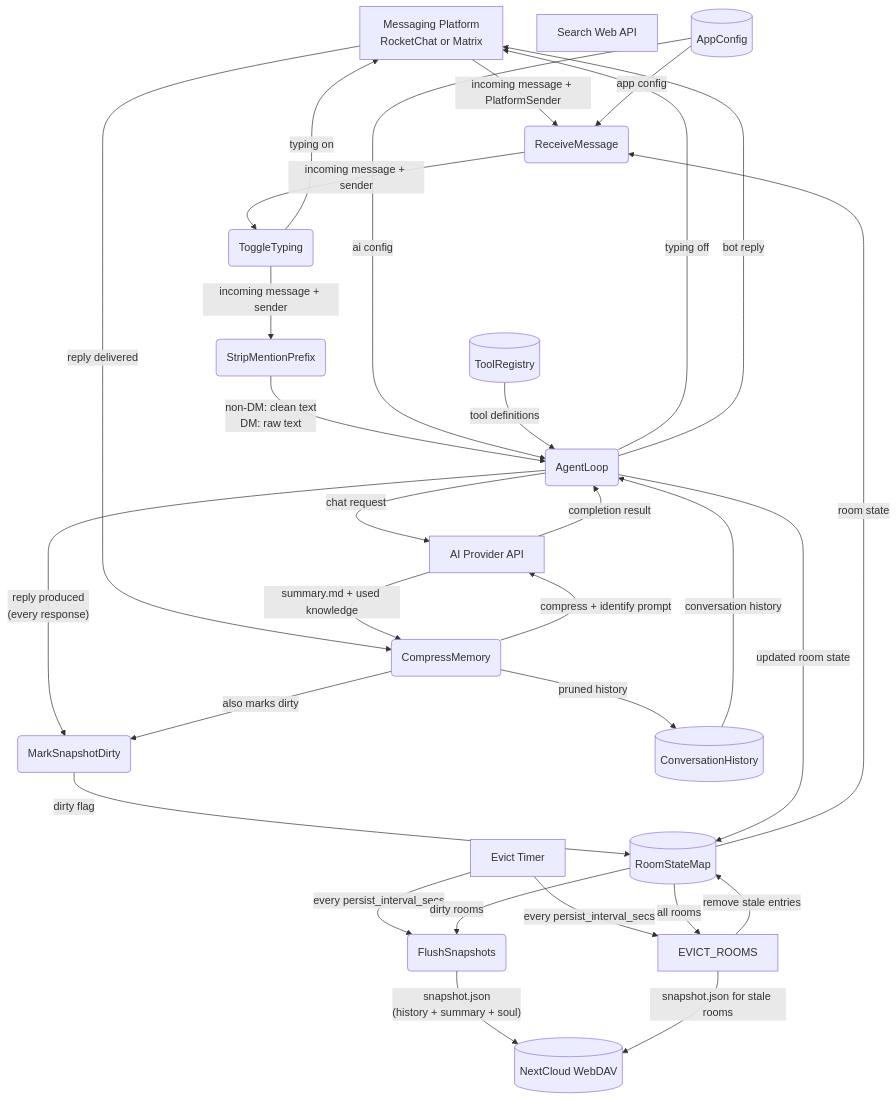
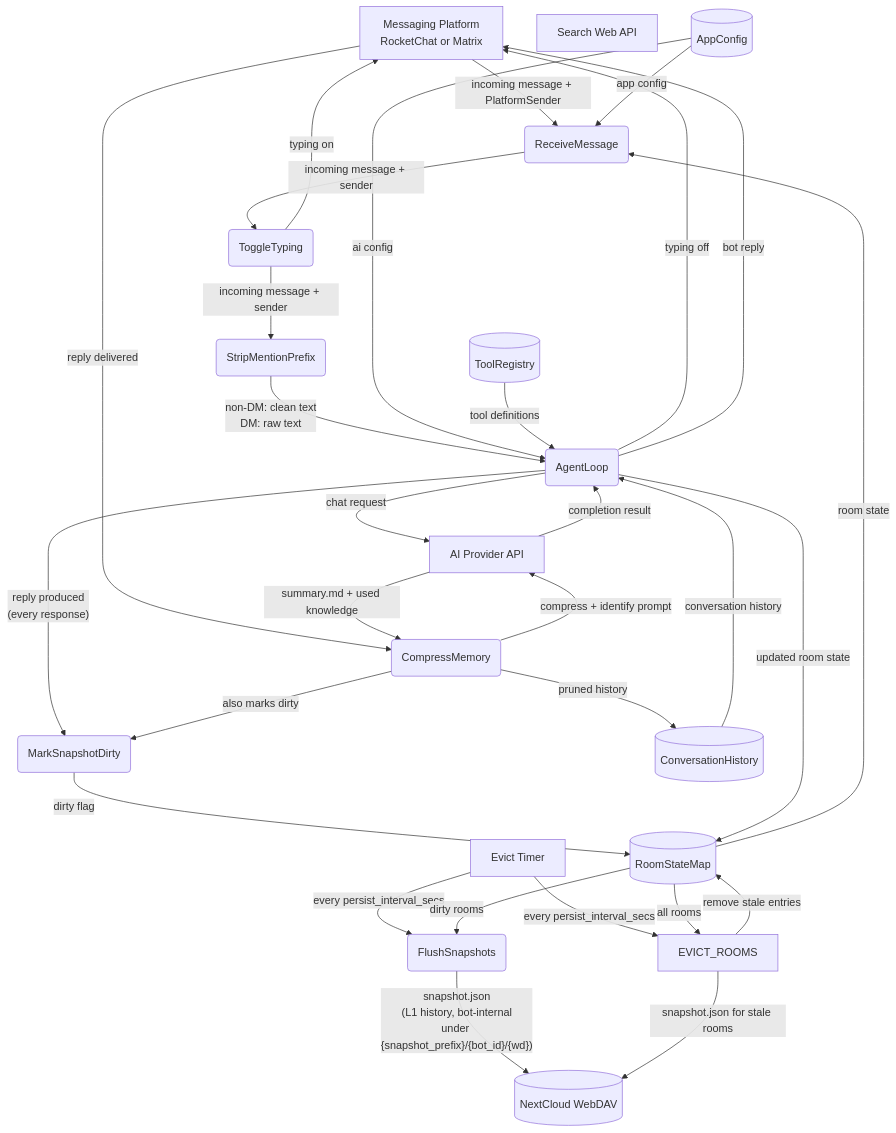
Before and after one commit to cosmoswafer/rockbot: the first of 4 diagrams in _dfd/agent/agent-loop.md, drawn with Mermaid. The commit also changed other lines of this file and 7 other files, not shown here.

First line of the commit message:
snapshot isolation: per-bot snapshot.json under configurable prefix, bot_id on AgentHarness, DFD updates

````diff
--- a/_dfd/agent/agent-loop.md
+++ b/_dfd/agent/agent-loop.md
@@ -38,50 +38,50 @@
 ```mermaid
 flowchart TD
     PLATFORM[Messaging Platform<br/>RocketChat or Matrix]
     AI[AI Provider API]
     DAV[(NextCloud WebDAV)]
     EXA[Search Web API]
     TIMER[Evict Timer]
     DISPATCH(ReceiveMessage)
     TYPING(ToggleTyping)
     STRIP(StripMentionPrefix)
     LOOP(AgentLoop)
     DIRTY(MarkSnapshotDirty)
     SNAPSHOT(FlushSnapshots)
     ARCHIVE(CompressMemory)
 
     CFG[(AppConfig)]
     HISTORY[(ConversationHistory)]
     TOOLS[(ToolRegistry)]
     ROOMS[(RoomStateMap)]
 
     PLATFORM -->|"incoming message + PlatformSender"| DISPATCH
     ROOMS -->|"room state"| DISPATCH
     CFG -->|"app config"| DISPATCH
     DISPATCH -->|"incoming message + sender"| TYPING
     TYPING -->|"typing on"| PLATFORM
     TYPING -->|"incoming message + sender"| STRIP
     STRIP -->|"non-DM: clean text<br/>DM: raw text"| LOOP
     CFG -->|"ai config"| LOOP
     HISTORY -->|"conversation history"| LOOP
     TOOLS -->|"tool definitions"| LOOP
     LOOP -->|"chat request"| AI
     AI -->|"completion result"| LOOP
     LOOP -->|"typing off"| PLATFORM
     LOOP -->|"bot reply"| PLATFORM
     LOOP -->|"reply produced<br/>(every response)"| DIRTY
     DIRTY -->|"dirty flag"| ROOMS
     PLATFORM -->|"reply delivered"| ARCHIVE
     ARCHIVE -->|"compress + identify prompt"| AI
     AI -->|"summary.md + used knowledge"| ARCHIVE
     ARCHIVE -->|"also marks dirty"| DIRTY
     ARCHIVE -->|"pruned history"| HISTORY
     LOOP -->|"updated room state"| ROOMS
     TIMER -->|"every persist_interval_secs"| SNAPSHOT
     ROOMS -->|"dirty rooms"| SNAPSHOT
-    SNAPSHOT -->|"snapshot.json<br/>(history + summary + soul)"| DAV
+    SNAPSHOT -->|"snapshot.json<br/>(L1 history, bot-internal<br/>under {snapshot_prefix}/{bot_id}/{wd})"| DAV
     TIMER -->|"every persist_interval_secs"| EVICT_ROOMS
     ROOMS -->|"all rooms"| EVICT_ROOMS
     EVICT_ROOMS -->|"snapshot.json for stale rooms"| DAV
     EVICT_ROOMS -->|"remove stale entries"| ROOMS
 ```
````
